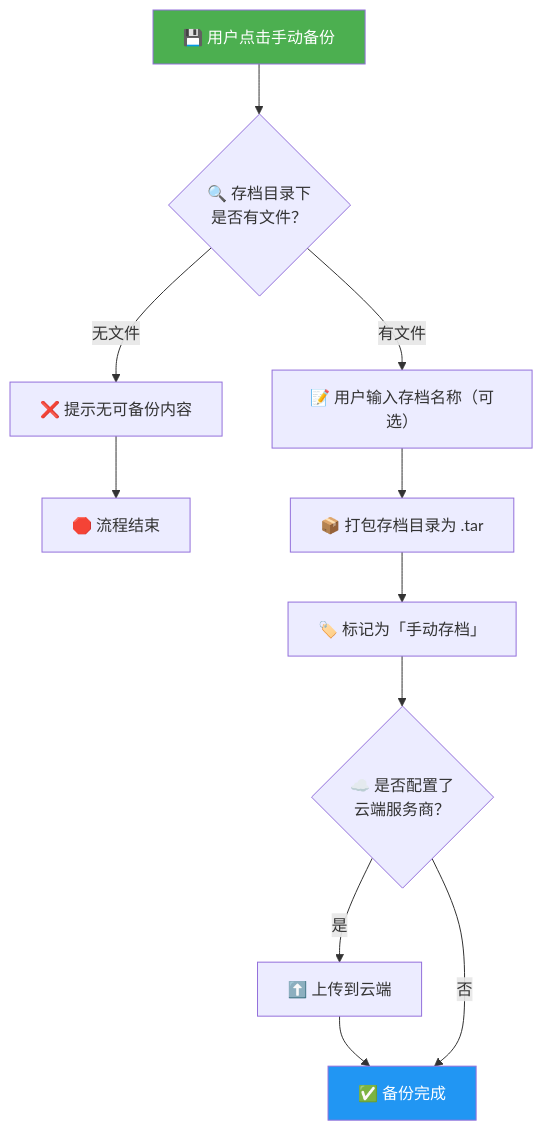
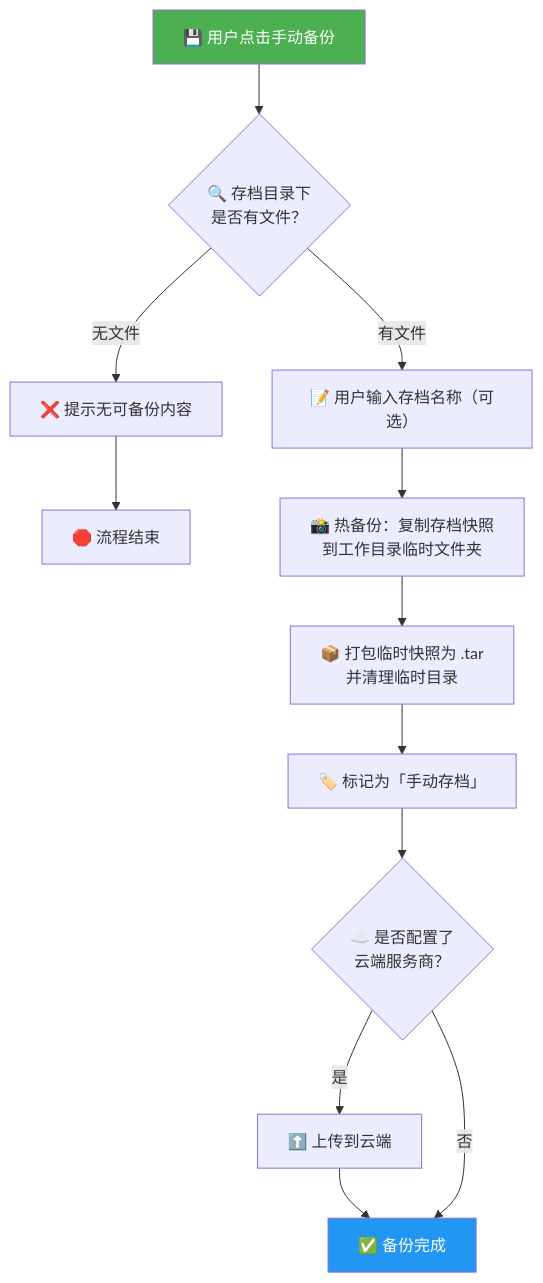
The seventh of 12 diagrams in docs/开发文档.md (yxsj245/gamesave), drawn with Mermaid before and after one commit. The commit also changed other lines of this file and 3 other files, not shown here.

````diff
--- a/docs/开发文档.md
+++ b/docs/开发文档.md
@@ -379,16 +381,17 @@
 ```mermaid
 flowchart TD
     A["💾 用户点击手动备份"] --> B{"🔍 存档目录下<br/>是否有文件？"}
     B -- 无文件 --> C["❌ 提示无可备份内容"]
     C --> Z["🛑 流程结束"]
     B -- 有文件 --> D["📝 用户输入存档名称（可选）"]
-    D --> E["📦 打包存档目录为 .tar"]
-    E --> F["🏷️ 标记为「手动存档」"]
+    D --> E1["📸 热备份：复制存档快照<br/>到工作目录临时文件夹"]
+    E1 --> E2["📦 打包临时快照为 .tar<br/>并清理临时目录"]
+    E2 --> F["🏷️ 标记为「手动存档」"]
     F --> G{"☁️ 是否配置了<br/>云端服务商？"}
     G -- 是 --> H["⬆️ 上传到云端"]
     H --> I["✅ 备份完成"]
     G -- 否 --> I
 
     style A fill:#4CAF50,color:#fff
     style I fill:#2196F3,color:#fff
 ```
````
